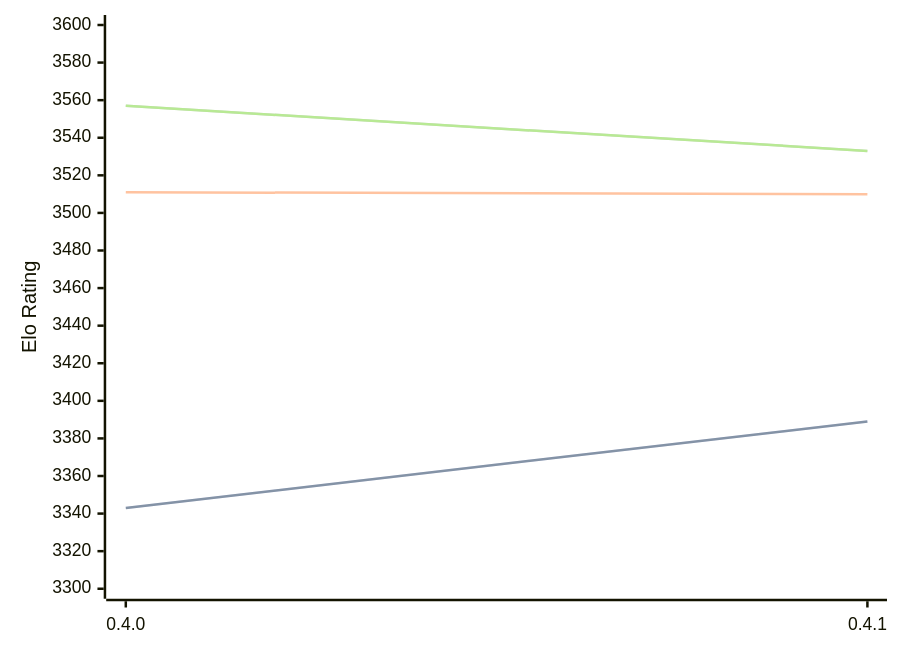
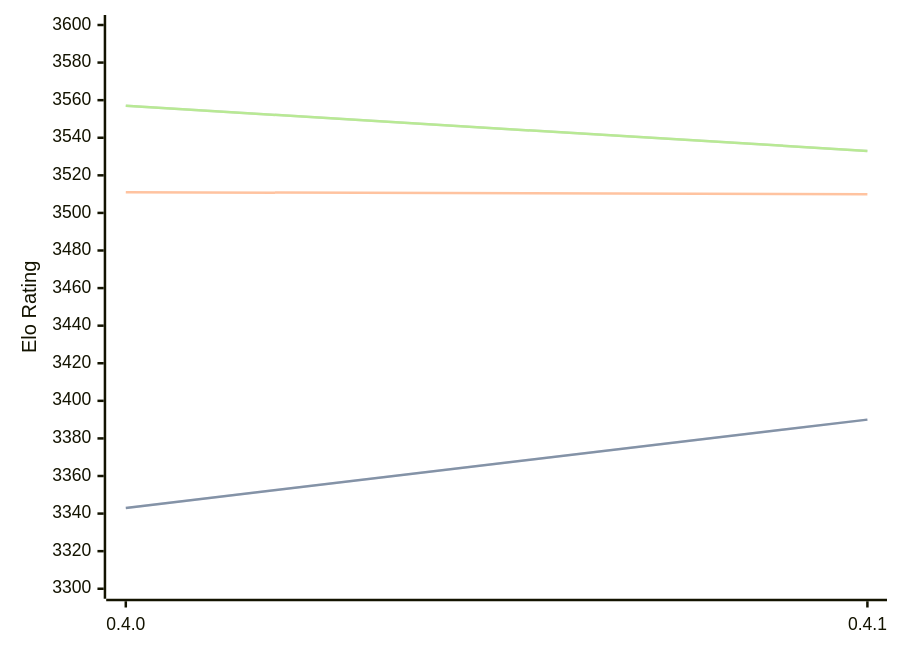
One commit to computer-chess-index/cci changed the diagram in engines/Cinder.md. Above: the diagram before and after it, drawn with Mermaid. The commit also changed other lines of this file, not shown here.

Commit message:
Update CCI Ratings (ELO VLTC) - 2026-02-13

````diff
--- a/engines/Cinder.md
+++ b/engines/Cinder.md
@@ -37,11 +37,11 @@
 ```mermaid
 %%{init: {"theme":"base","themeVariables":{"seriesColors:['#a3a3a3','#222221','#faa371']}}}%%
 xychart-beta
   x-axis ["0.4.0", "0.4.1"]
   y-axis "Elo Rating" 3300 --> 3600
-  line "STC (8.0+0.08s)" [3343, 3389]
-  line "STC (8.0+0.08s)" [3343, 3389]
+  line "STC (8.0+0.08s)" [3343, 3390]
+  line "STC (8.0+0.08s)" [3343, 3390]
   line "LTC (60.0+0.60s)" [3511, 3510]
   line "VLTC (2m24s+1.12s)" [3557, 3533]
   line "VLTC (2m24s+1.12s)" [3557, 3533]
 ```
````
